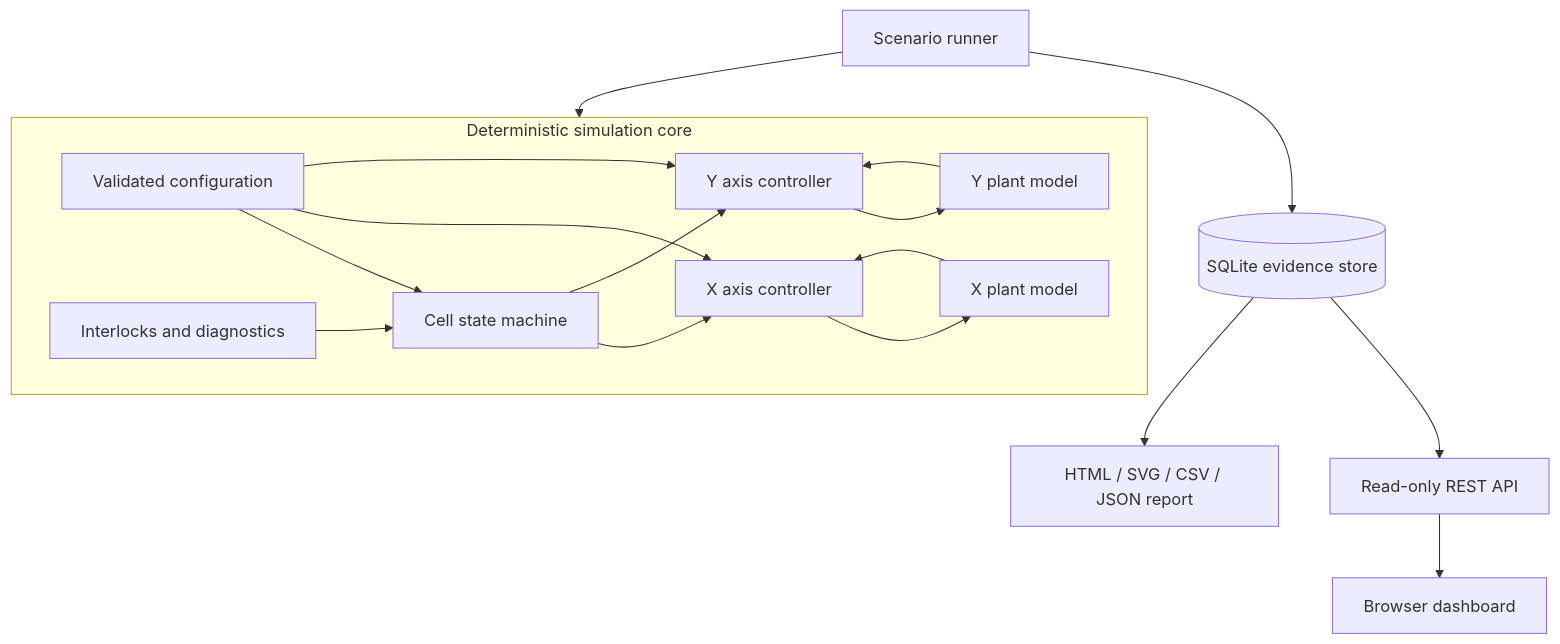
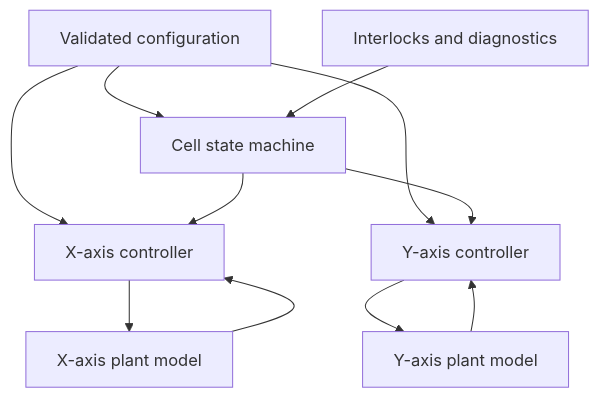
The second of 3 diagrams in docs/architecture.md (parthoece/virtual-smart-motion-cell), drawn with Mermaid before and after one commit. The commit also changed other lines of this file, not shown here.

Commit message:
readme diagram update

````diff
--- a/docs/architecture.md
+++ b/docs/architecture.md
@@ -7,24 +46,27 @@
 ```mermaid
 flowchart TB
-    subgraph DeterministicCore[Deterministic simulation core]
-      Config[Validated configuration]
-      Machine[Cell state machine]
-      Interlocks[Interlocks and diagnostics]
-      XAxis[X axis controller]
-      YAxis[Y axis controller]
-      XPlant[X plant model]
-      YPlant[Y plant model]
-      Config --> Machine
-      Config --> XAxis
-      Config --> YAxis
-      Interlocks --> Machine
-      Machine --> XAxis --> XPlant --> XAxis
-      Machine --> YAxis --> YPlant --> YAxis
-    end
+    Config["Validated configuration"]
+    Interlocks["Interlocks and diagnostics"]
+    Machine["Cell state machine"]
 
-    Runner[Scenario runner] --> DeterministicCore
-    Runner --> Store[(SQLite evidence store)]
-    Store --> Report[HTML / SVG / CSV / JSON report]
-    Store --> API[Read-only REST API]
-    API --> Dashboard[Browser dashboard]
+    XAxis["X-axis controller"]
+    YAxis["Y-axis controller"]
+
+    XPlant["X-axis plant model"]
+    YPlant["Y-axis plant model"]
+
+    Config --> Machine
+    Config --> XAxis
+    Config --> YAxis
+
+    Interlocks --> Machine
+
+    Machine --> XAxis
+    Machine --> YAxis
+
+    XAxis --> XPlant
+    XPlant --> XAxis
+
+    YAxis --> YPlant
+    YPlant --> YAxis
 ```
````
